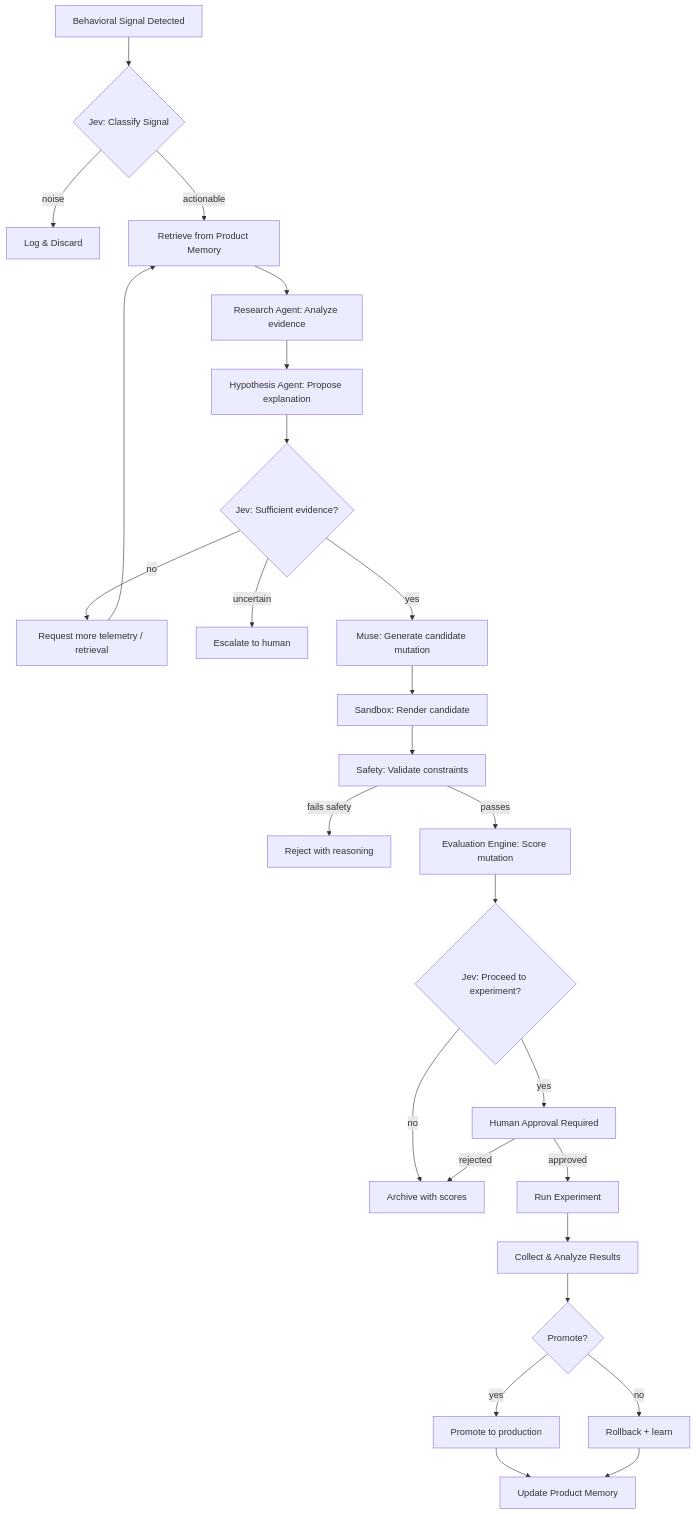
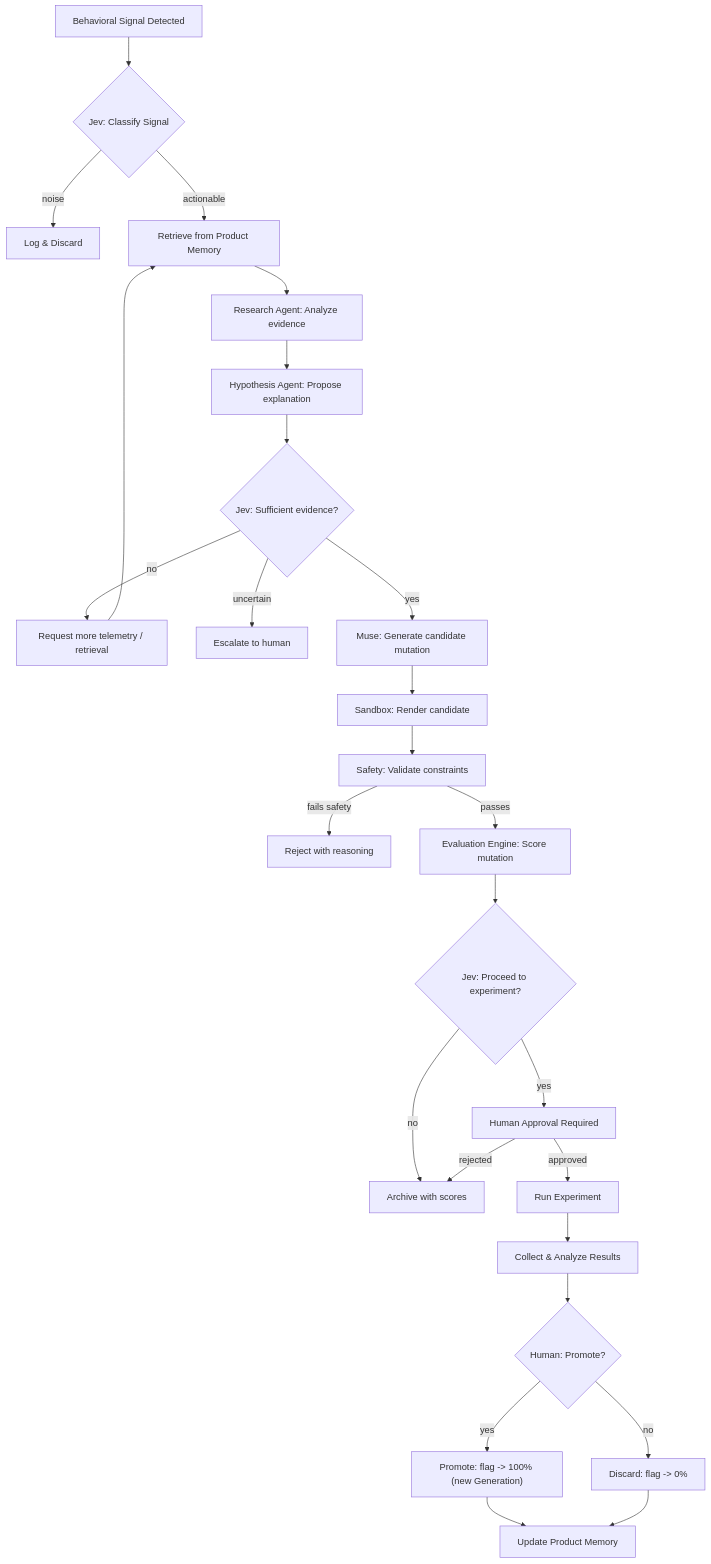
One commit to Sarishc/darwin-ux changed the third of 3 diagrams in docs/ARCHITECTURE.md. Above: the diagram before and after it, drawn with Mermaid. The commit also changed other lines of this file and 12 other files, not shown here.

Commit message:
docs: define DarwinUX system architecture

````diff
--- a/docs/ARCHITECTURE.md
+++ b/docs/ARCHITECTURE.md
@@ -160,38 +186,38 @@
 ```mermaid
 graph TD
     TRIGGER["Behavioral Signal Detected"]
     
     TRIGGER --> CLASSIFY{"Jev: Classify Signal"}
     CLASSIFY -->|noise| DISCARD["Log & Discard"]
     CLASSIFY -->|actionable| RETRIEVE["Retrieve from Product Memory"]
     
     RETRIEVE --> RESEARCH["Research Agent: Analyze evidence"]
     RESEARCH --> HYPOTHESIZE["Hypothesis Agent: Propose explanation"]
     
     HYPOTHESIZE --> GATE1{"Jev: Sufficient evidence?"}
     GATE1 -->|no| MORE_DATA["Request more telemetry / retrieval"]
     GATE1 -->|uncertain| ESCALATE["Escalate to human"]
     GATE1 -->|yes| MUSE["Muse: Generate candidate mutation"]
     
     MORE_DATA --> RETRIEVE
     
     MUSE --> SANDBOX["Sandbox: Render candidate"]
     SANDBOX --> VALIDATE["Safety: Validate constraints"]
     VALIDATE -->|fails safety| REJECT["Reject with reasoning"]
     VALIDATE -->|passes| EVALUATE["Evaluation Engine: Score mutation"]
     
     EVALUATE --> GATE2{"Jev: Proceed to experiment?"}
     GATE2 -->|no| ARCHIVE["Archive with scores"]
     GATE2 -->|yes| APPROVAL["Human Approval Required"]
     
     APPROVAL -->|rejected| ARCHIVE
     APPROVAL -->|approved| EXPERIMENT["Run Experiment"]
     
     EXPERIMENT --> RESULTS["Collect & Analyze Results"]
-    RESULTS --> GATE3{"Promote?"}
-    GATE3 -->|yes| PROMOTE["Promote to production"]
-    GATE3 -->|no| ROLLBACK["Rollback + learn"]
+    RESULTS --> GATE3{"Human: Promote?"}
+    GATE3 -->|yes| PROMOTE["Promote: flag -> 100% (new Generation)"]
+    GATE3 -->|no| ROLLBACK["Discard: flag -> 0%"]
     
     PROMOTE --> LEARN["Update Product Memory"]
     ROLLBACK --> LEARN
 ```
````
